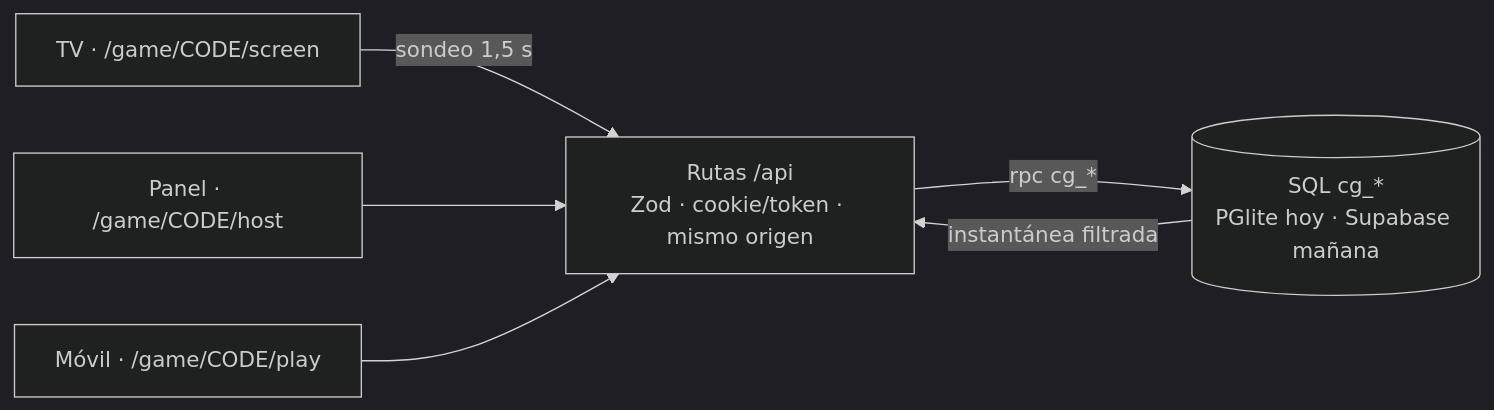
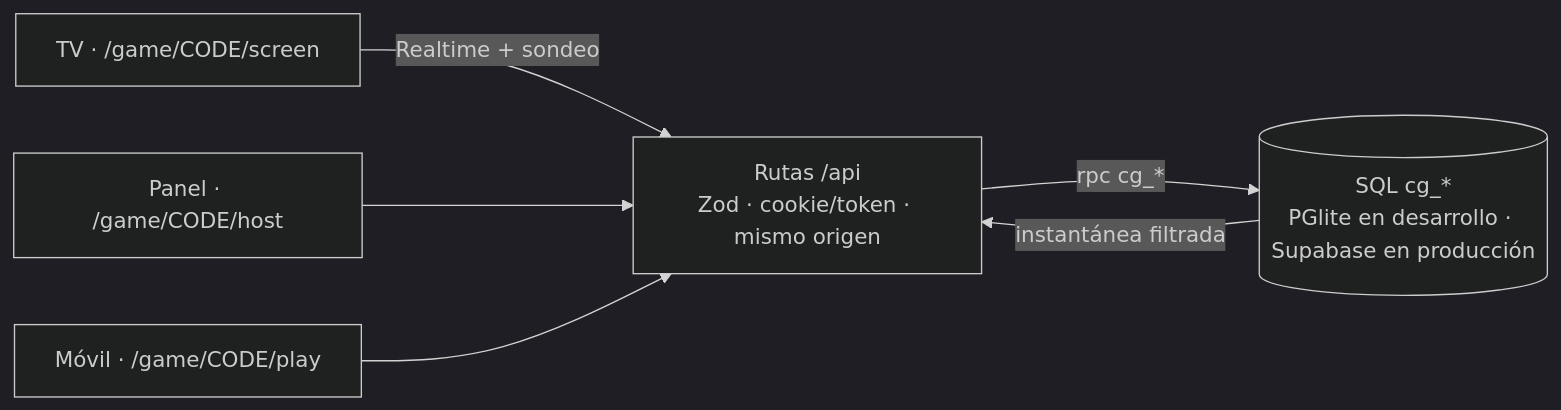
Before and after one commit to ElMaxter99/comodin-game: the second of 2 diagrams in README.md, drawn with Mermaid (dark theme). The commit also changed other lines of this file and 24 other files, not shown here.

````diff
--- a/README.md
+++ b/README.md
@@ -66,8 +72,8 @@
 ```mermaid
 flowchart LR
-    TV[TV · /game/CODE/screen] -- sondeo 1,5 s --> API
+    TV[TV · /game/CODE/screen] -- Realtime + sondeo --> API
     HOST[Panel · /game/CODE/host] --> API
     MOV[Móvil · /game/CODE/play] --> API
-    API[Rutas /api<br/>Zod · cookie/token · mismo origen] -- rpc cg_* --> SQL[(SQL cg_*<br/>PGlite hoy · Supabase mañana)]
+    API[Rutas /api<br/>Zod · cookie/token · mismo origen] -- rpc cg_* --> SQL[(SQL cg_*<br/>PGlite en desarrollo · Supabase en producción)]
     SQL -- instantánea filtrada --> API
 ```
````
